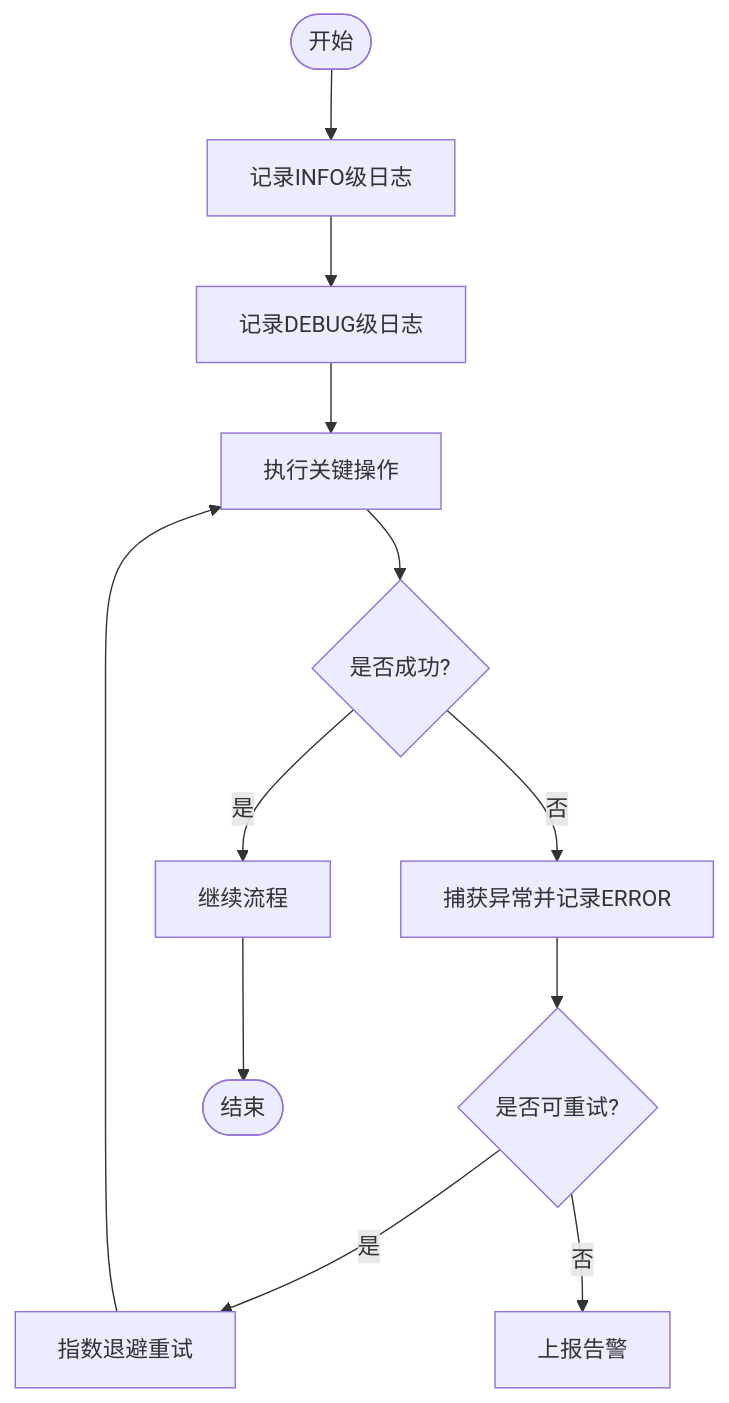
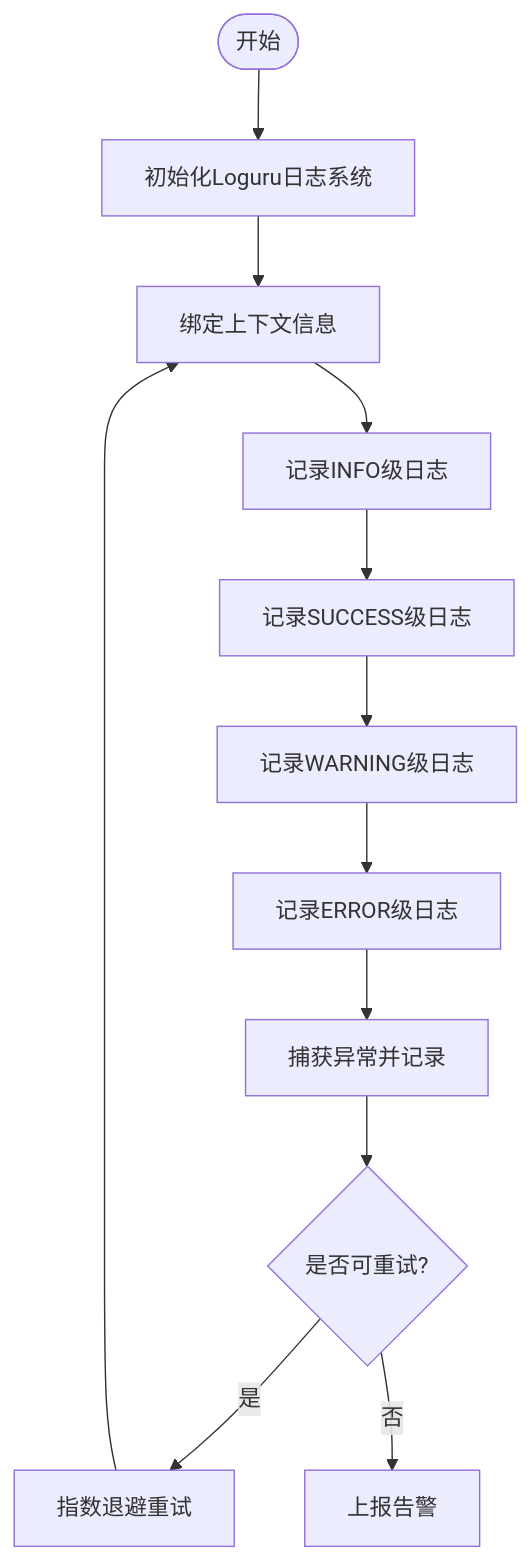
The third of 4 diagrams in .qoder/repowiki/zh/content/部署配置/监控与日志.md (iverwong/DataLife), drawn with Mermaid before and after one commit. The commit also changed other lines of this file and 6 other files, not shown here.

````diff
--- a/.qoder/repowiki/zh/content/部署配置/监控与日志.md
+++ b/.qoder/repowiki/zh/content/部署配置/监控与日志.md
@@ -135,14 +190,14 @@
 ```mermaid
 flowchart TD
-Start(["开始"]) --> Info["记录INFO级日志"]
-Info --> Debug["记录DEBUG级日志"]
-Debug --> TryBlock["执行关键操作"]
-TryBlock --> Ok{"是否成功?"}
-Ok --> |是| Next["继续流程"]
-Ok --> |否| Err["捕获异常并记录ERROR"]
-Err --> Retry{"是否可重试?"}
+Start(["开始"]) --> Setup["初始化Loguru日志系统"]
+Setup --> BindContext["绑定上下文信息"]
+BindContext --> Info["记录INFO级日志"]
+Info --> Success["记录SUCCESS级日志"]
+Success --> Warning["记录WARNING级日志"]
+Warning --> Error["记录ERROR级日志"]
+Error --> Exception["捕获异常并记录"]
+Exception --> Retry{"是否可重试?"}
 Retry --> |是| Backoff["指数退避重试"]
 Retry --> |否| Alert["上报告警"]
-Backoff --> TryBlock
-Next --> End(["结束"])
+Backoff --> BindContext
 ```
````
